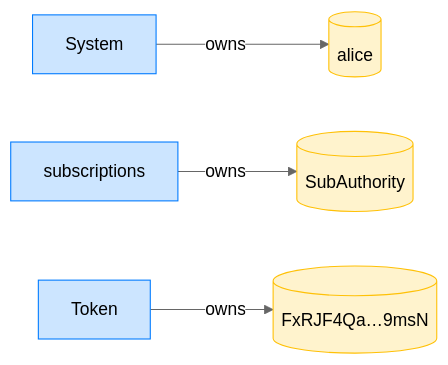
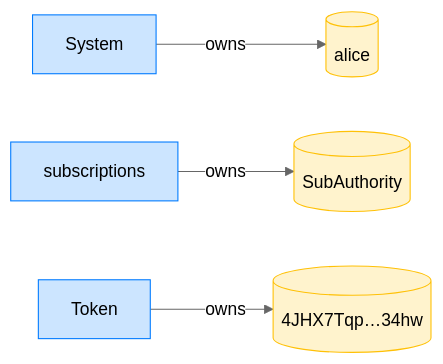
The fourth of 12 diagrams in dsl_tests/cancel-rejects-a-non-subscriber.md (cds-rs/subscriptions), drawn with Mermaid (neutral theme) before and after one commit. The commit also changed other lines of this file and 224 other files, not shown here.

````diff
--- a/dsl_tests/cancel-rejects-a-non-subscriber.md
+++ b/dsl_tests/cancel-rejects-a-non-subscriber.md
@@ -73,14 +78,14 @@
 ```mermaid
 flowchart LR
     classDef owner fill:#cce5ff,stroke:#007bff;
     classDef account fill:#fff3cd,stroke:#ffc107;
     System[System]:::owner
     alice[(alice)]:::account
     subscriptions[subscriptions]:::owner
     SubAuthority[(SubAuthority)]:::account
     Token[Token]:::owner
-    FxRJF4Qa_9msN[("FxRJF4Qa…9msN")]:::account
+    4JHX7Tqp_34hw[("4JHX7Tqp…34hw")]:::account
     System -->|owns| alice
     subscriptions -->|owns| SubAuthority
-    Token -->|owns| FxRJF4Qa_9msN
+    Token -->|owns| 4JHX7Tqp_34hw
 ```
````
